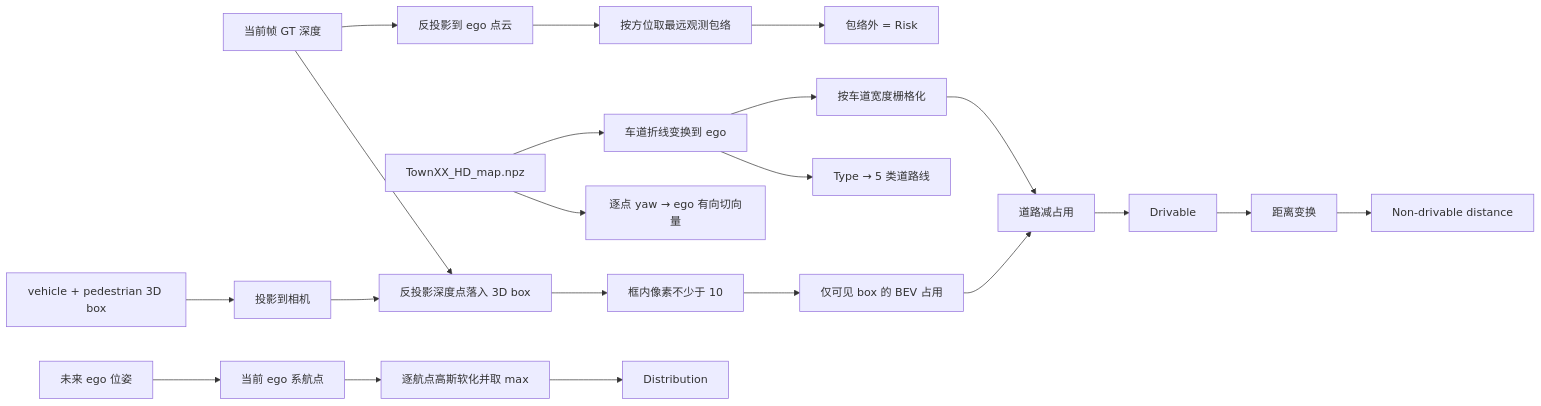
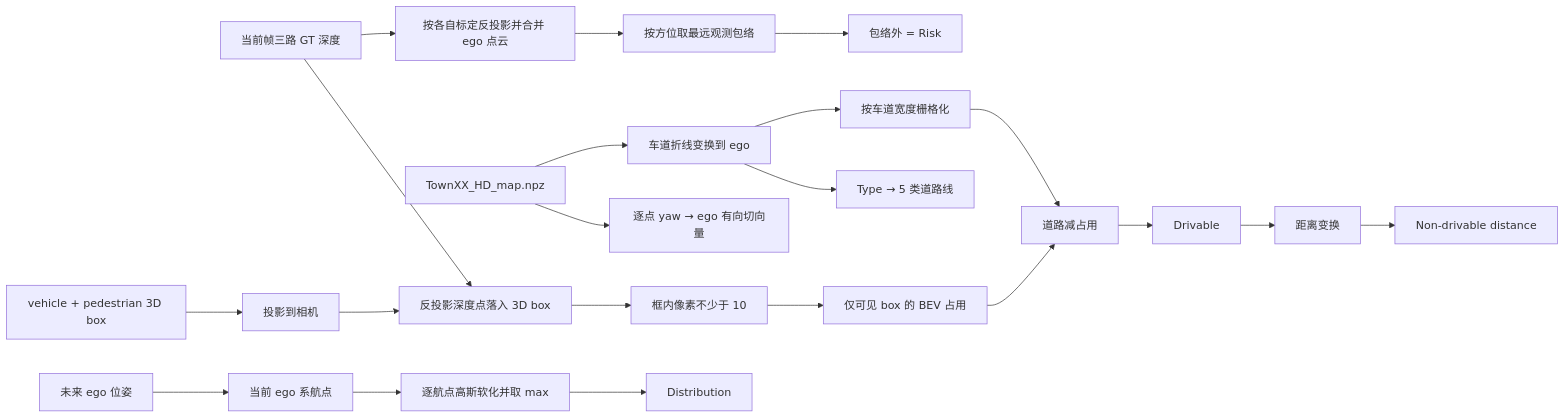
Before and after one commit to ByteDriveTeam/ByteDrive-Toy: the eighth of 9 diagrams in README.md, drawn with Mermaid. The commit also changed other lines of this file and 27 other files, not shown here.

````diff
--- a/README.md
+++ b/README.md
@@ -601,14 +602,14 @@
 ```mermaid
 flowchart LR
-    DEP["当前帧 GT 深度"] --> PC["反投影到 ego 点云"] --> ENV["按方位取最远观测包络"] --> R["包络外 = Risk"]
+    DEP["当前帧三路 GT 深度"] --> PC["按各自标定反投影并合并 ego 点云"] --> ENV["按方位取最远观测包络"] --> R["包络外 = Risk"]
     MAP["TownXX_HD_map.npz"] --> POLY["车道折线变换到 ego"] --> RASTER["按车道宽度栅格化"]
     POLY --> LTYPE["Type → 5 类道路线"]
     MAP --> YAW["逐点 yaw → ego 有向切向量"]
     BOX["vehicle + pedestrian 3D box"] --> PROJ["投影到相机"]
     DEP --> VIS["反投影深度点落入 3D box"]
     PROJ --> VIS --> COUNT["框内像素不少于 10"] --> OCC["仅可见 box 的 BEV 占用"]
     RASTER --> SUB["道路减占用"]
     OCC --> SUB --> D["Drivable"]
     D --> EDT["距离变换"] --> OFF["Non-drivable distance"]
     FUT["未来 ego 位姿"] --> WP["当前 ego 系航点"] --> GAUSS["逐航点高斯软化并取 max"] --> DIST["Distribution"]
 ```
````
